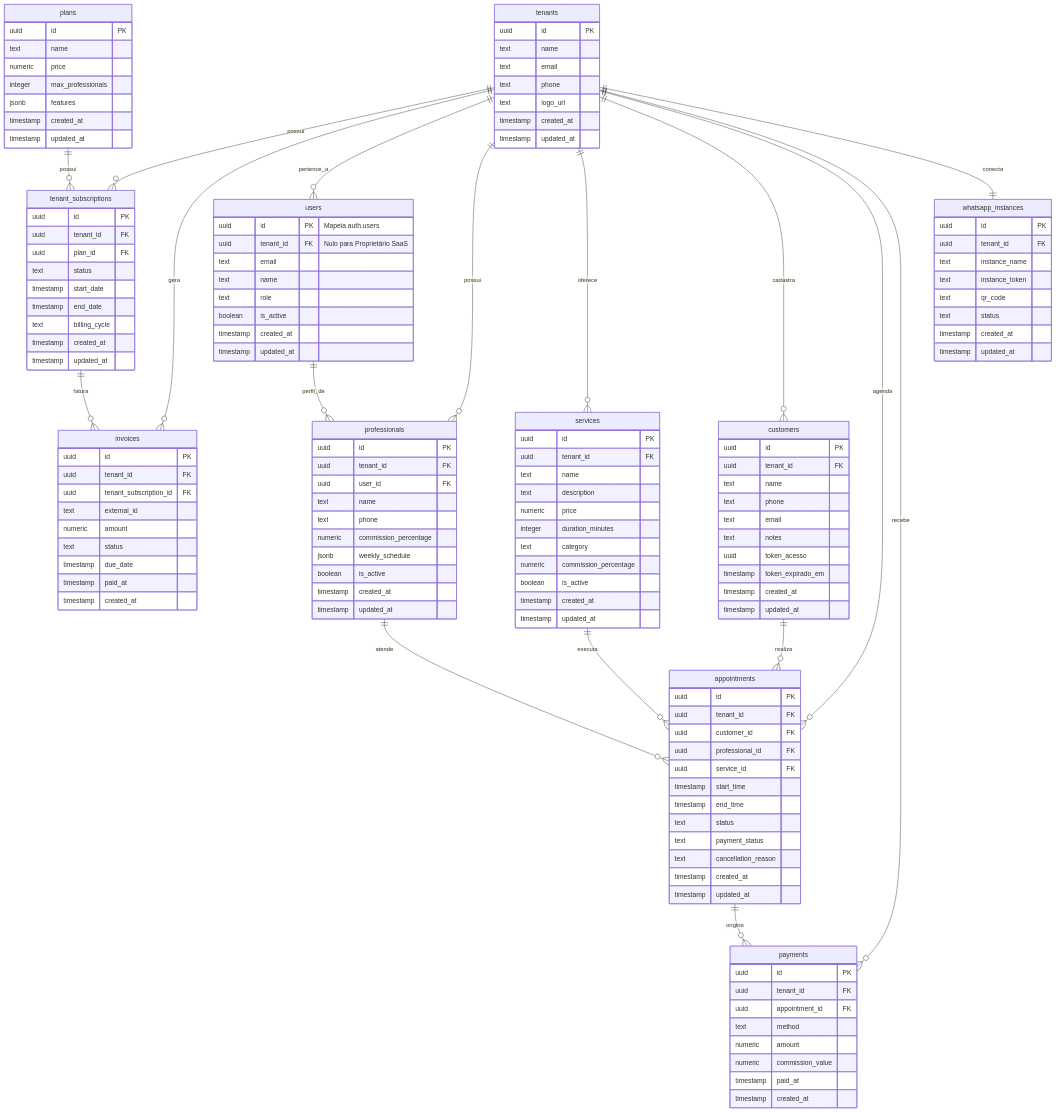
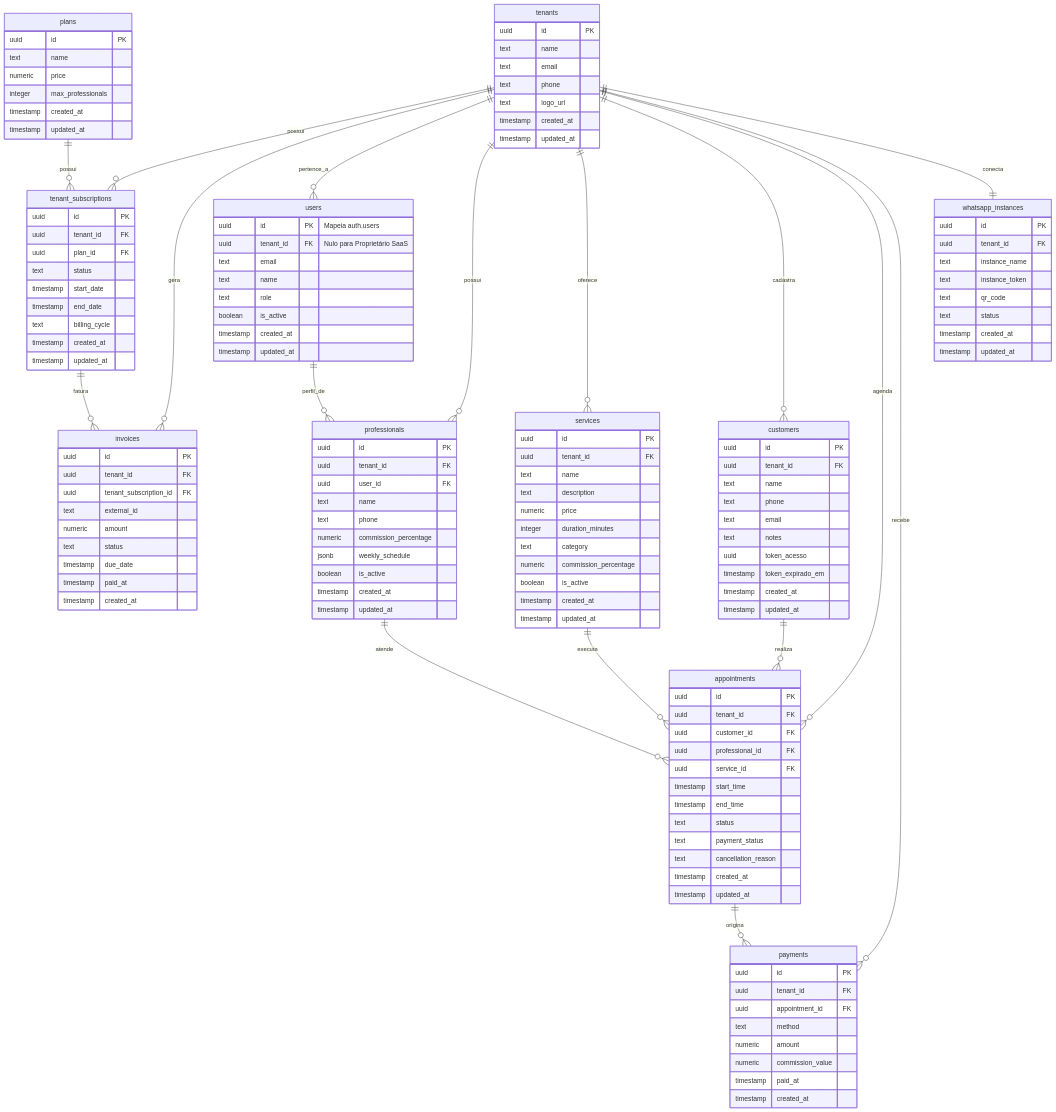
Before and after one commit to Resp94/navalhado: the diagram in docs/modelagem_banco.md, drawn with Mermaid. The commit also changed other lines of this file and 4 other files, not shown here.

```diff
--- a/docs/modelagem_banco.md
+++ b/docs/modelagem_banco.md
@@ -34,7 +34,6 @@
         text name
         numeric price
         integer max_professionals
-        jsonb features
         timestamp created_at
         timestamp updated_at
     }
```
